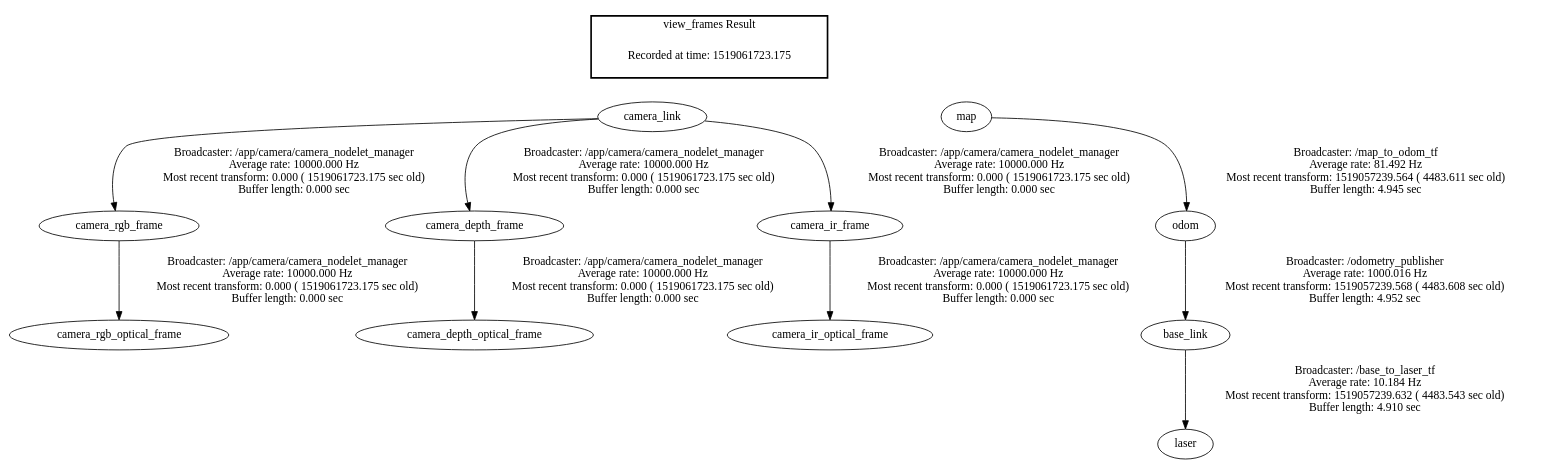
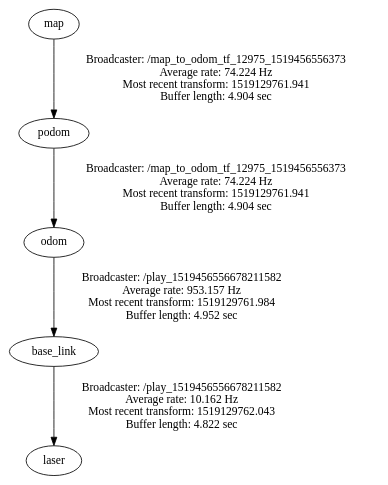
One commit to godicked/catkin_ws changed the diagram in src/frames.gv. Above: the diagram before and after it, drawn with Graphviz. The commit also changed 7 other files, not shown here.

Commit message:
fix transform map to odom correction

```diff
--- a/src/frames.gv
+++ b/src/frames.gv
@@ -1,19 +1,6 @@
 digraph G {
-"camera_link" -> "camera_rgb_frame"[label="Broadcaster: /app/camera/camera_nodelet_manager\nAverage rate: 10000.000 Hz\nMost recent transform: 0.000 ( 1519061723.175 sec old)\nBuffer length: 0.000 sec\n"];
-"camera_rgb_frame" -> "camera_rgb_optical_frame"[label="Broadcaster: /app/camera/camera_nodelet_manager\nAverage rate: 10000.000 Hz\nMost recent transform: 0.000 ( 1519061723.175 sec old)\nBuffer length: 0.000 sec\n"];
-"camera_link" -> "camera_depth_frame"[label="Broadcaster: /app/camera/camera_nodelet_manager\nAverage rate: 10000.000 Hz\nMost recent transform: 0.000 ( 1519061723.175 sec old)\nBuffer length: 0.000 sec\n"];
-"camera_depth_frame" -> "camera_depth_optical_frame"[label="Broadcaster: /app/camera/camera_nodelet_manager\nAverage rate: 10000.000 Hz\nMost recent transform: 0.000 ( 1519061723.175 sec old)\nBuffer length: 0.000 sec\n"];
-"camera_link" -> "camera_ir_frame"[label="Broadcaster: /app/camera/camera_nodelet_manager\nAverage rate: 10000.000 Hz\nMost recent transform: 0.000 ( 1519061723.175 sec old)\nBuffer length: 0.000 sec\n"];
-"camera_ir_frame" -> "camera_ir_optical_frame"[label="Broadcaster: /app/camera/camera_nodelet_manager\nAverage rate: 10000.000 Hz\nMost recent transform: 0.000 ( 1519061723.175 sec old)\nBuffer length: 0.000 sec\n"];
-"odom" -> "base_link"[label="Broadcaster: /odometry_publisher\nAverage rate: 1000.016 Hz\nMost recent transform: 1519057239.568 ( 4483.608 sec old)\nBuffer length: 4.952 sec\n"];
-"map" -> "odom"[label="Broadcaster: /map_to_odom_tf\nAverage rate: 81.492 Hz\nMost recent transform: 1519057239.564 ( 4483.611 sec old)\nBuffer length: 4.945 sec\n"];
-"base_link" -> "laser"[label="Broadcaster: /base_to_laser_tf\nAverage rate: 10.184 Hz\nMost recent transform: 1519057239.632 ( 4483.543 sec old)\nBuffer length: 4.910 sec\n"];
-edge [style=invis];
- subgraph cluster_legend { style=bold; color=black; label ="view_frames Result";
-"Recorded at time: 1519061723.175"[ shape=plaintext ] ;
- }->"camera_link";
-edge [style=invis];
- subgraph cluster_legend { style=bold; color=black; label ="view_frames Result";
-"Recorded at time: 1519061723.175"[ shape=plaintext ] ;
- }->"map";
+"odom" -> "base_link"[label="Broadcaster: /play_1519456556678211582\nAverage rate: 953.157 Hz\nMost recent transform: 1519129761.984 \nBuffer length: 4.952 sec\n"];
+"podom" -> "odom"[label="Broadcaster: /map_to_odom_tf_12975_1519456556373\nAverage rate: 74.224 Hz\nMost recent transform: 1519129761.941 \nBuffer length: 4.904 sec\n"];
+"map" -> "podom"[label="Broadcaster: /map_to_odom_tf_12975_1519456556373\nAverage rate: 74.224 Hz\nMost recent transform: 1519129761.941 \nBuffer length: 4.904 sec\n"];
+"base_link" -> "laser"[label="Broadcaster: /play_1519456556678211582\nAverage rate: 10.162 Hz\nMost recent transform: 1519129762.043 \nBuffer length: 4.822 sec\n"];
 }
```
